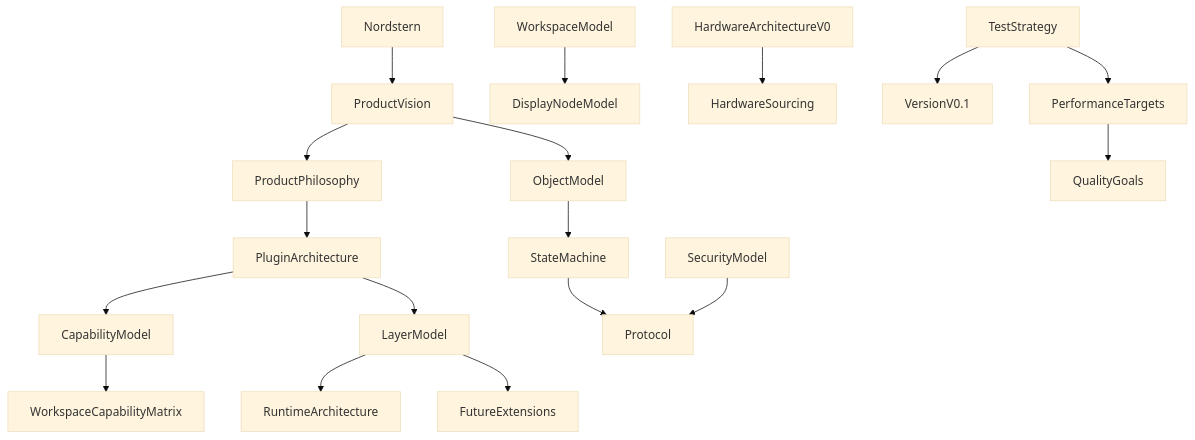
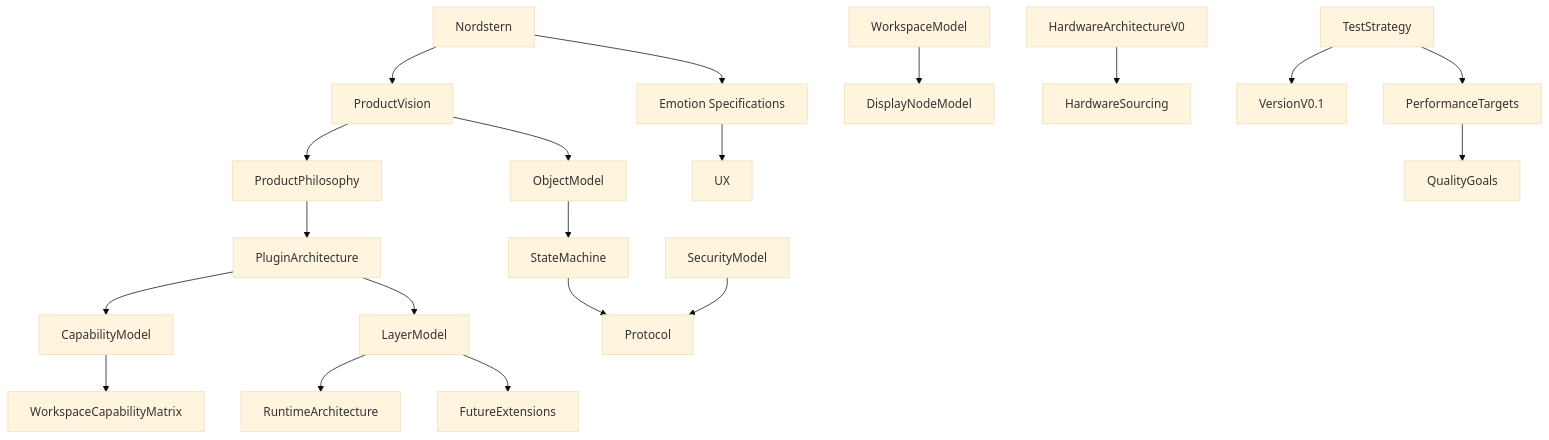
One commit to rk-engineeringAToutlook-de/RKWorkspace changed the diagram in Spec/README.md. Above: the diagram before and after it, drawn with Mermaid (base theme). The commit also changed other lines of this file and 5 other files, not shown here.

````diff
--- a/Spec/README.md
+++ b/Spec/README.md
@@ -14,20 +14,22 @@
 ```mermaid
 flowchart TB
     NorthStar["Nordstern"] --> Product["ProductVision"]
+    NorthStar --> Emotion["Emotion Specifications"]
     Product["ProductVision"] --> Object["ObjectModel"]
     Product --> Philosophy["ProductPhilosophy"]
+    Emotion --> UX["UX"]
     Philosophy --> Plugin["PluginArchitecture"]
     Plugin --> Capability["CapabilityModel"]
     Capability --> Matrix["WorkspaceCapabilityMatrix"]
     Plugin --> Layer["LayerModel"]
     Layer --> Runtime["RuntimeArchitecture"]
     Object --> State["StateMachine"]
     State --> Protocol["Protocol"]
     Security["SecurityModel"] --> Protocol
     Workspace["WorkspaceModel"] --> Nodes["DisplayNodeModel"]
     Hardware["HardwareArchitectureV0"] --> Sourcing["HardwareSourcing"]
     Tests["TestStrategy"] --> V01["VersionV0.1"]
     Layer --> Future["FutureExtensions"]
     Tests --> Performance["PerformanceTargets"]
     Performance --> Quality["QualityGoals"]
 ```
````
